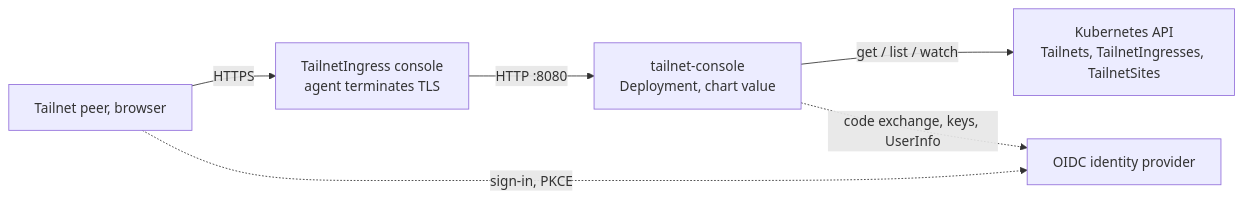
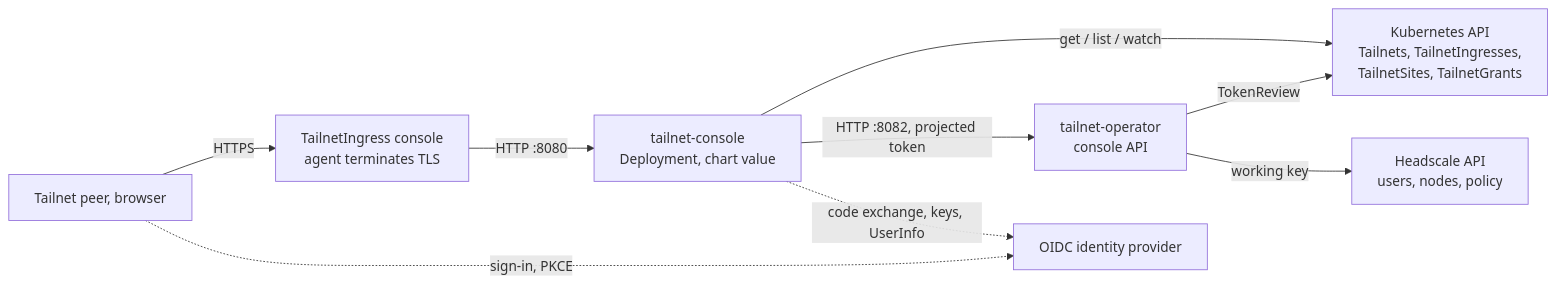
One commit to fff0x/tailnet-operator changed the sixth of 6 diagrams in docs/explanation/architecture.md. Above: the diagram before and after it, drawn with Mermaid. The commit also changed other lines of this file and 5 other files, not shown here.

First line of the commit message:
docs(console): describe "My access" and the console API

````diff
--- a/docs/explanation/architecture.md
+++ b/docs/explanation/architecture.md
@@ -145,8 +145,11 @@
 ```mermaid
 flowchart LR
   peer[Tailnet peer, browser] -->|HTTPS| ing[TailnetIngress console<br/>agent terminates TLS]
   ing -->|HTTP :8080| con[tailnet-console<br/>Deployment, chart value]
-  con -->|get / list / watch| api[Kubernetes API<br/>Tailnets, TailnetIngresses, TailnetSites]
+  con -->|get / list / watch| api[Kubernetes API<br/>Tailnets, TailnetIngresses,<br/>TailnetSites, TailnetGrants]
+  con -->|HTTP :8082, projected token| op[tailnet-operator<br/>console API]
+  op -->|TokenReview| api
+  op -->|working key| hs[Headscale API<br/>users, nodes, policy]
   peer -.->|sign-in, PKCE| idp[OIDC identity provider]
   con -.->|code exchange, keys, UserInfo| idp
 ```
````
